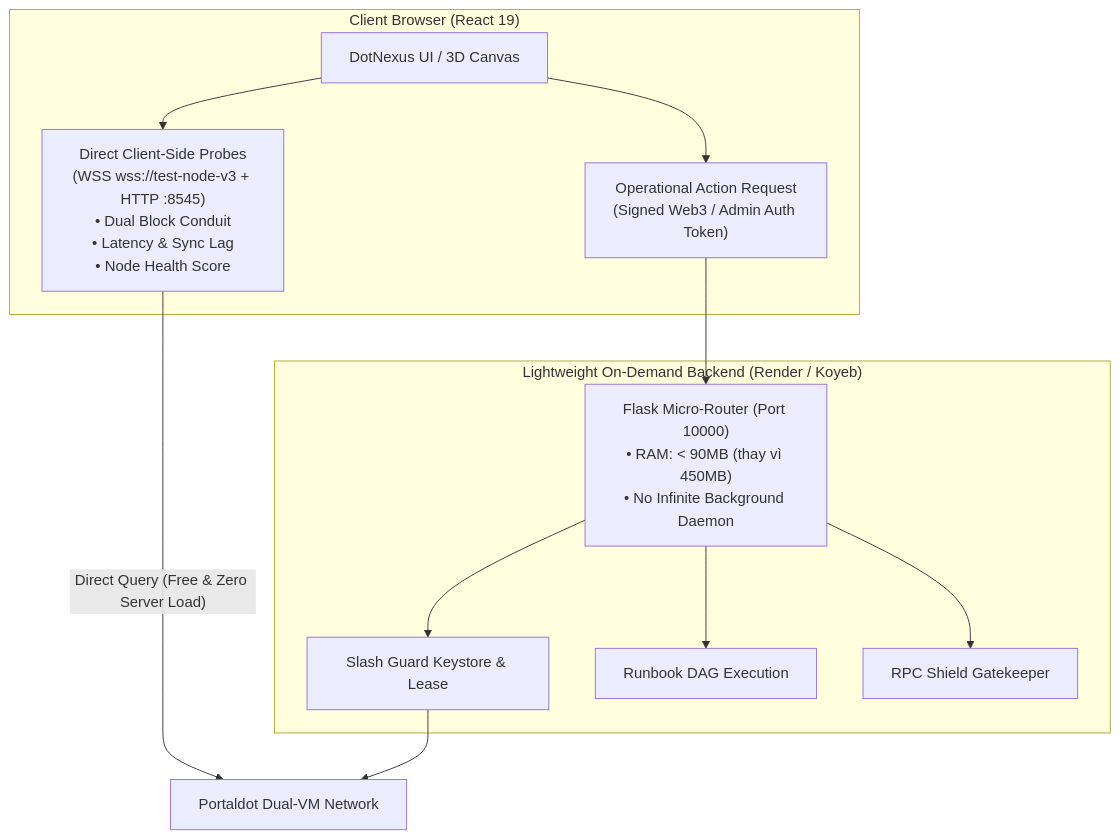
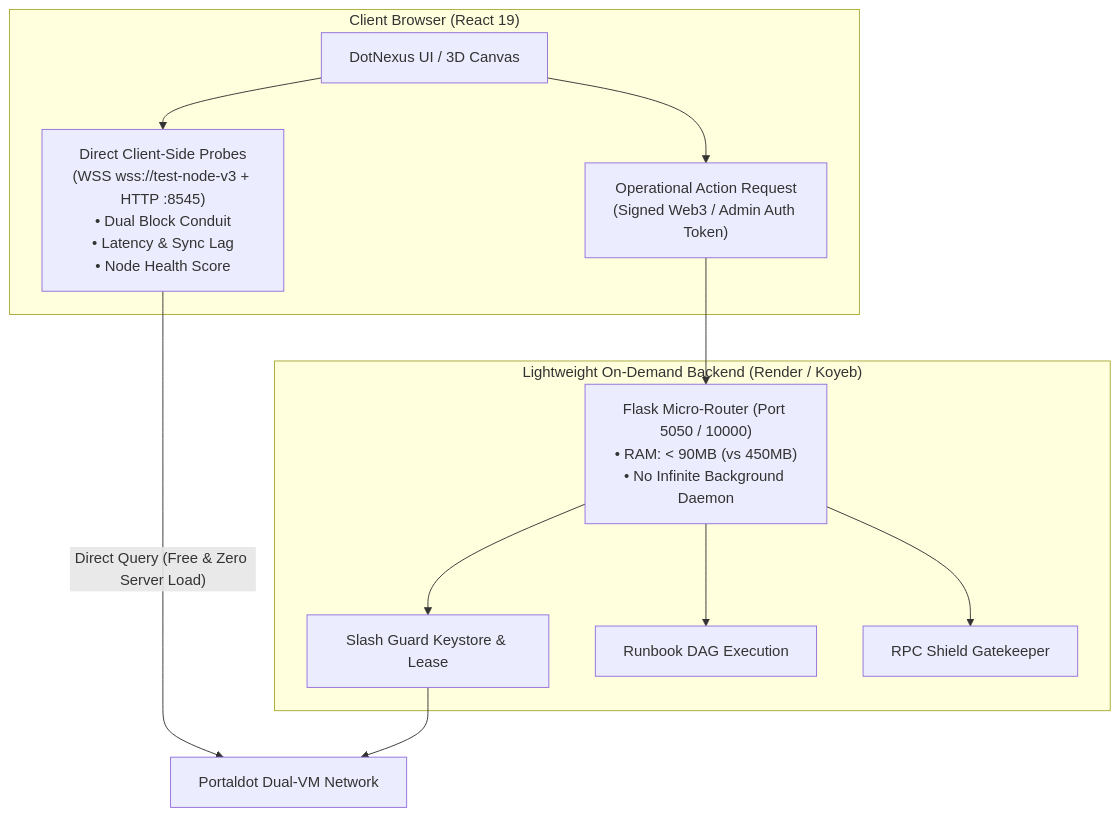
The diagram in docs/ARCHITECTURAL_ANALYSIS.md (DanhCaTuanNgoc/DotNexus), drawn with Mermaid before and after one commit. The commit also changed other lines of this file and 5 other files, not shown here.

````diff
--- a/docs/ARCHITECTURAL_ANALYSIS.md
+++ b/docs/ARCHITECTURAL_ANALYSIS.md
@@ -60,24 +60,24 @@
 ```mermaid
 flowchart TD
     subgraph Client ["Client Browser (React 19)"]
-        UI[DotNexus UI / 3D Canvas]
+        UI["DotNexus UI / 3D Canvas"]
         DirectRPC["Direct Client-Side Probes\n(WSS wss://test-node-v3 + HTTP :8545)\n• Dual Block Conduit\n• Latency & Sync Lag\n• Node Health Score"]
         ActionReq["Operational Action Request\n(Signed Web3 / Admin Auth Token)"]
     end
 
     subgraph Backend ["Lightweight On-Demand Backend (Render / Koyeb)"]
-        MiniFlask["Flask Micro-Router (Port 10000)\n• RAM: < 90MB (thay vì 450MB)\n• No Infinite Background Daemon"]
+        MiniFlask["Flask Micro-Router (Port 5050 / 10000)\n• RAM: < 90MB (vs 450MB)\n• No Infinite Background Daemon"]
         SlashModule["Slash Guard Keystore & Lease"]
         DAGModule["Runbook DAG Execution"]
         ShieldModule["RPC Shield Gatekeeper"]
     end
 
     UI --> DirectRPC
-    DirectRPC -->|"Direct Query (Free & Zero Server Load)"| Portaldot[Portaldot Dual-VM Network]
+    DirectRPC -->|"Direct Query (Free & Zero Server Load)"| Portaldot["Portaldot Dual-VM Network"]
     UI --> ActionReq
     ActionReq --> MiniFlask
     MiniFlask --> SlashModule
     MiniFlask --> DAGModule
     MiniFlask --> ShieldModule
     SlashModule --> Portaldot
 ```
````
